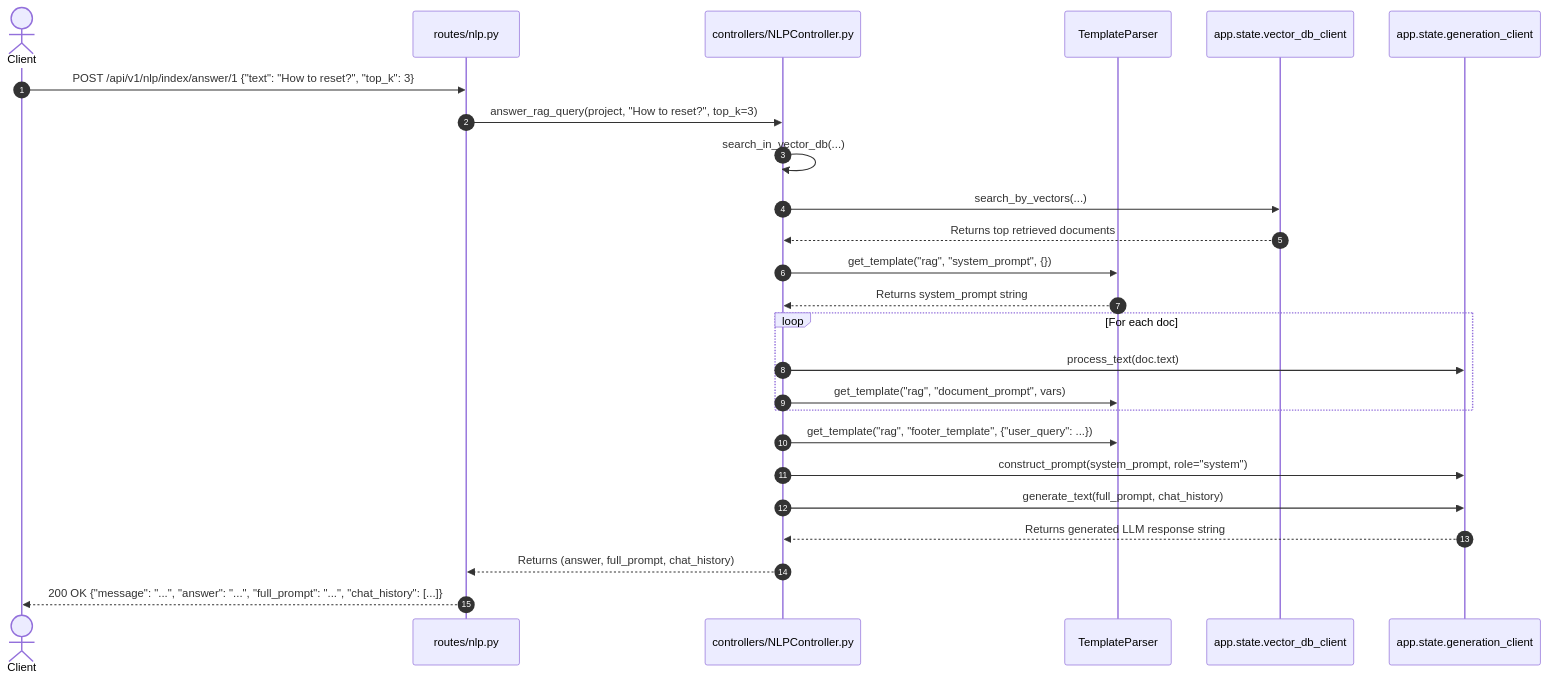
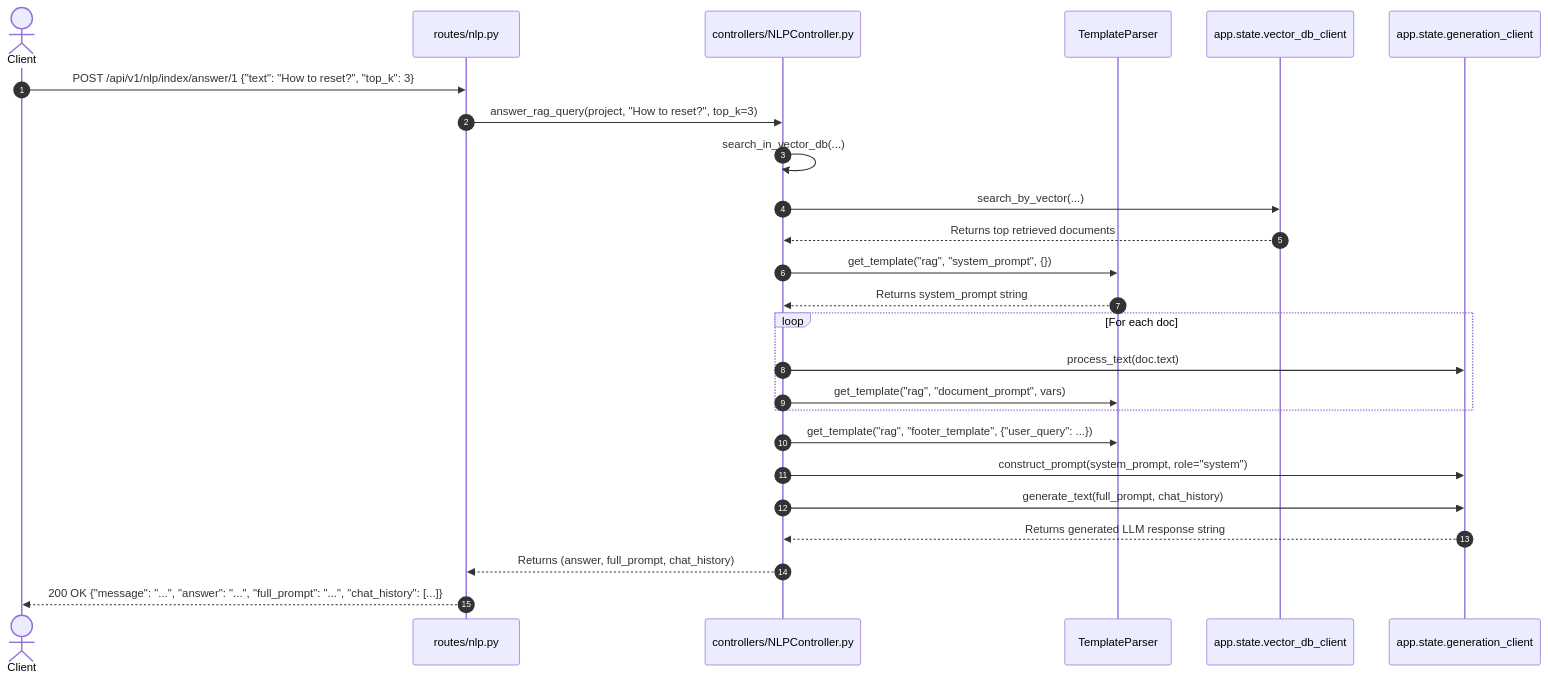
Before and after one commit to ahmedeldamaty20/mini-rag: the seventh of 12 diagrams in README.md, drawn with Mermaid. The commit also changed other lines of this file and 9 other files, not shown here.

````diff
--- a/README.md
+++ b/README.md
@@ -500,28 +500,28 @@
 ```mermaid
 sequenceDiagram
     autonumber
     actor Client
     participant Router as routes/nlp.py
     participant NLPCtrl as controllers/NLPController.py
     participant Parser as TemplateParser
     participant VectorDB as app.state.vector_db_client
     participant GenLLM as app.state.generation_client
 
     Client->>Router: POST /api/v1/nlp/index/answer/1 {"text": "How to reset?", "top_k": 3}
     Router->>NLPCtrl: answer_rag_query(project, "How to reset?", top_k=3)
     NLPCtrl->>NLPCtrl: search_in_vector_db(...)
-    NLPCtrl->>VectorDB: search_by_vectors(...)
+    NLPCtrl->>VectorDB: search_by_vector(...)
     VectorDB-->>NLPCtrl: Returns top retrieved documents
     NLPCtrl->>Parser: get_template("rag", "system_prompt", {})
     Parser-->>NLPCtrl: Returns system_prompt string
     loop For each doc
         NLPCtrl->>GenLLM: process_text(doc.text)
         NLPCtrl->>Parser: get_template("rag", "document_prompt", vars)
     end
     NLPCtrl->>Parser: get_template("rag", "footer_template", {"user_query": ...})
     NLPCtrl->>GenLLM: construct_prompt(system_prompt, role="system")
     NLPCtrl->>GenLLM: generate_text(full_prompt, chat_history)
     GenLLM-->>NLPCtrl: Returns generated LLM response string
     NLPCtrl-->>Router: Returns (answer, full_prompt, chat_history)
     Router-->>Client: 200 OK {"message": "...", "answer": "...", "full_prompt": "...", "chat_history": [...]}
 ```
````
